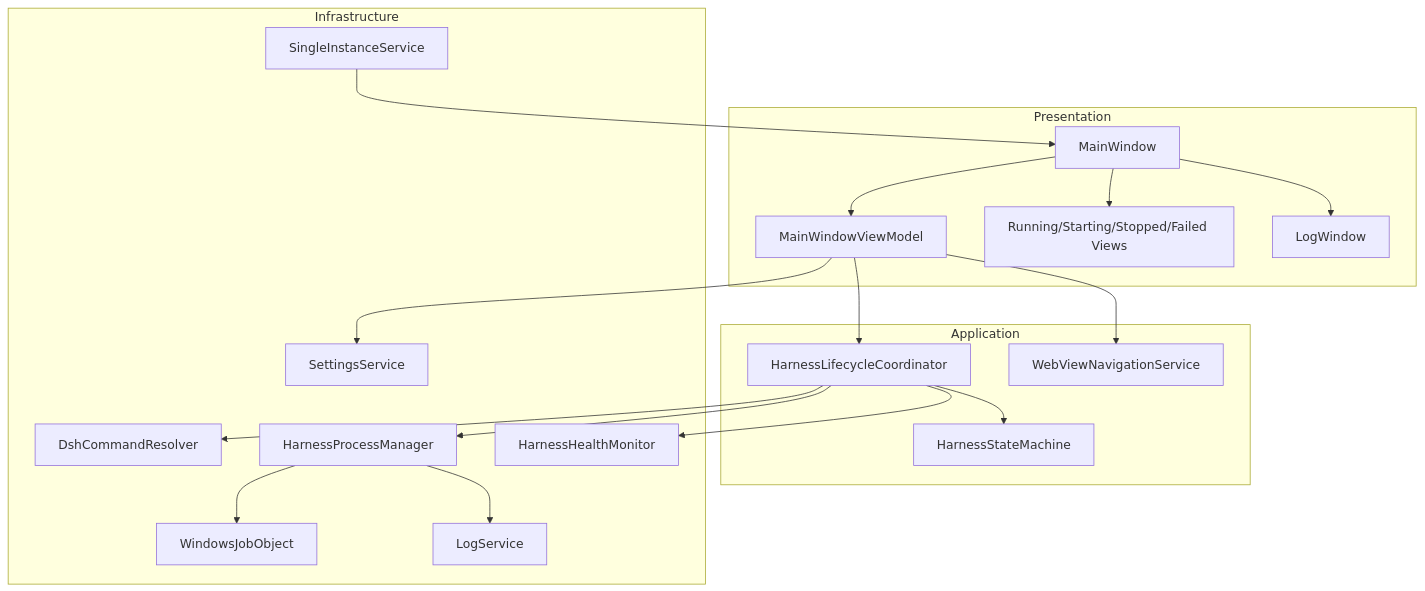
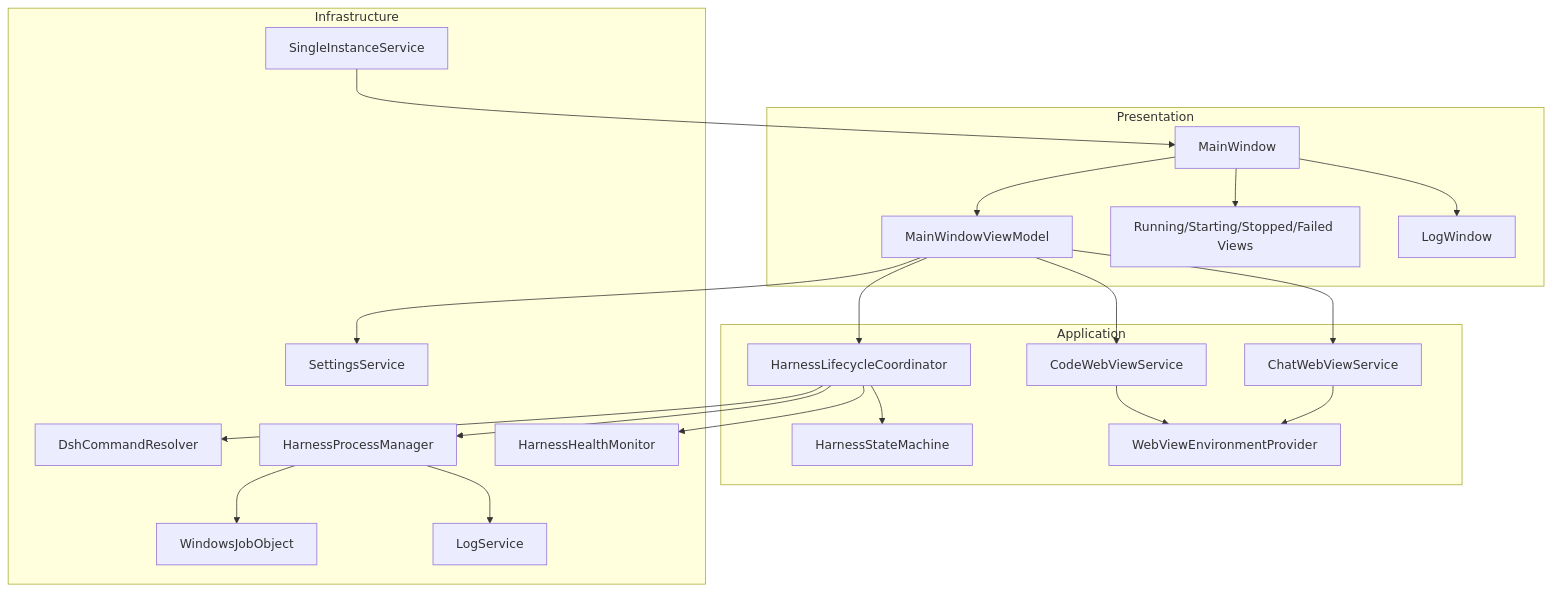
One commit to yxwu97/DeepSeekCLI changed the second of 4 diagrams in docs/deepseek-harness-desktop-detailed-design.md. Above: the diagram before and after it, drawn with Mermaid. The commit also changed other lines of this file and 80 other files, not shown here.

````diff
--- a/docs/deepseek-harness-desktop-detailed-design.md
+++ b/docs/deepseek-harness-desktop-detailed-design.md
@@ -84,39 +94,44 @@
 ```mermaid
 flowchart TB
     subgraph Presentation[Presentation]
         MainWindow[MainWindow]
         MainVM[MainWindowViewModel]
         StateViews[Running/Starting/Stopped/Failed Views]
         LogWindow[LogWindow]
     end
 
     subgraph Application[Application]
         Coordinator[HarnessLifecycleCoordinator]
         StateMachine[HarnessStateMachine]
-        Navigation[WebViewNavigationService]
+        CodeNavigation[CodeWebViewService]
+        ChatNavigation[ChatWebViewService]
+        Environment[WebViewEnvironmentProvider]
     end
 
     subgraph Infrastructure[Infrastructure]
         Resolver[DshCommandResolver]
         ProcessManager[HarnessProcessManager]
         HealthMonitor[HarnessHealthMonitor]
         JobObject[WindowsJobObject]
         SettingsService[SettingsService]
         LogService[LogService]
         SingleInstance[SingleInstanceService]
     end
 
     MainWindow --> MainVM
     MainVM --> Coordinator
-    MainVM --> Navigation
+    MainVM --> CodeNavigation
+    MainVM --> ChatNavigation
+    CodeNavigation --> Environment
+    ChatNavigation --> Environment
     Coordinator --> StateMachine
     Coordinator --> Resolver
     Coordinator --> ProcessManager
     Coordinator --> HealthMonitor
     ProcessManager --> JobObject
     MainVM --> SettingsService
     ProcessManager --> LogService
     MainWindow --> StateViews
     MainWindow --> LogWindow
     SingleInstance --> MainWindow
 ```
````
